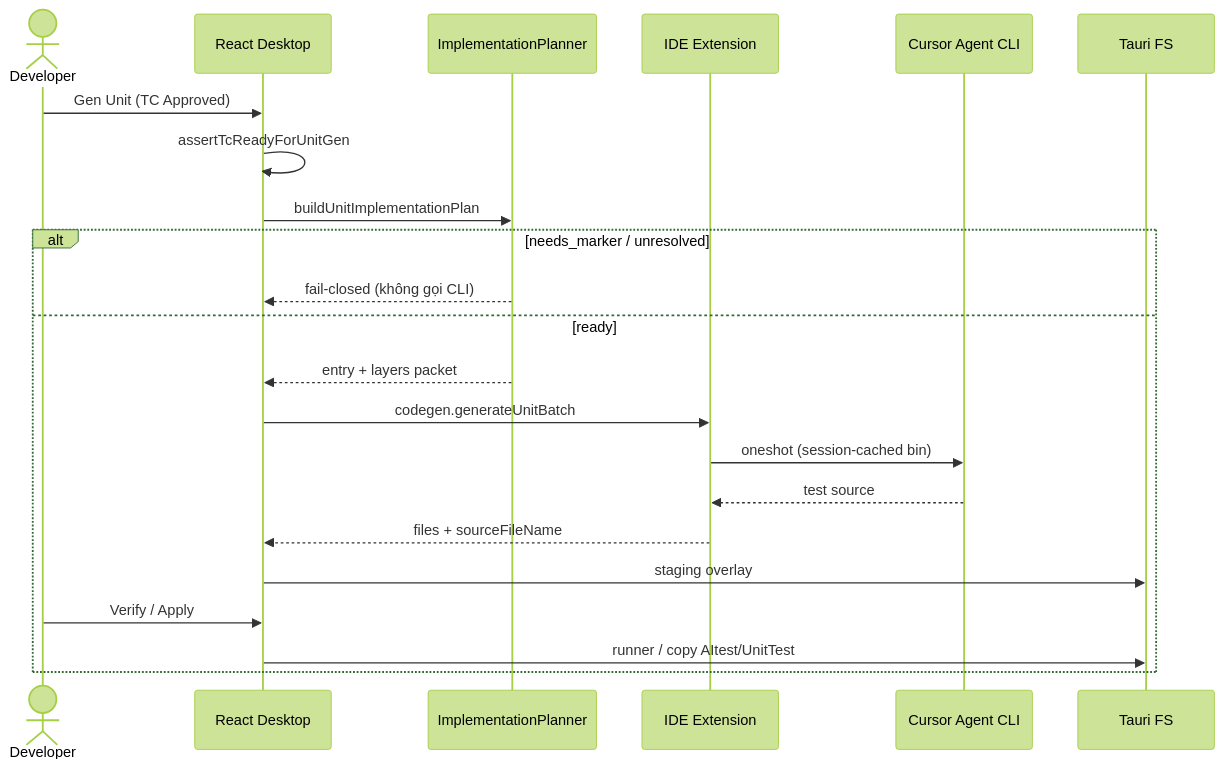
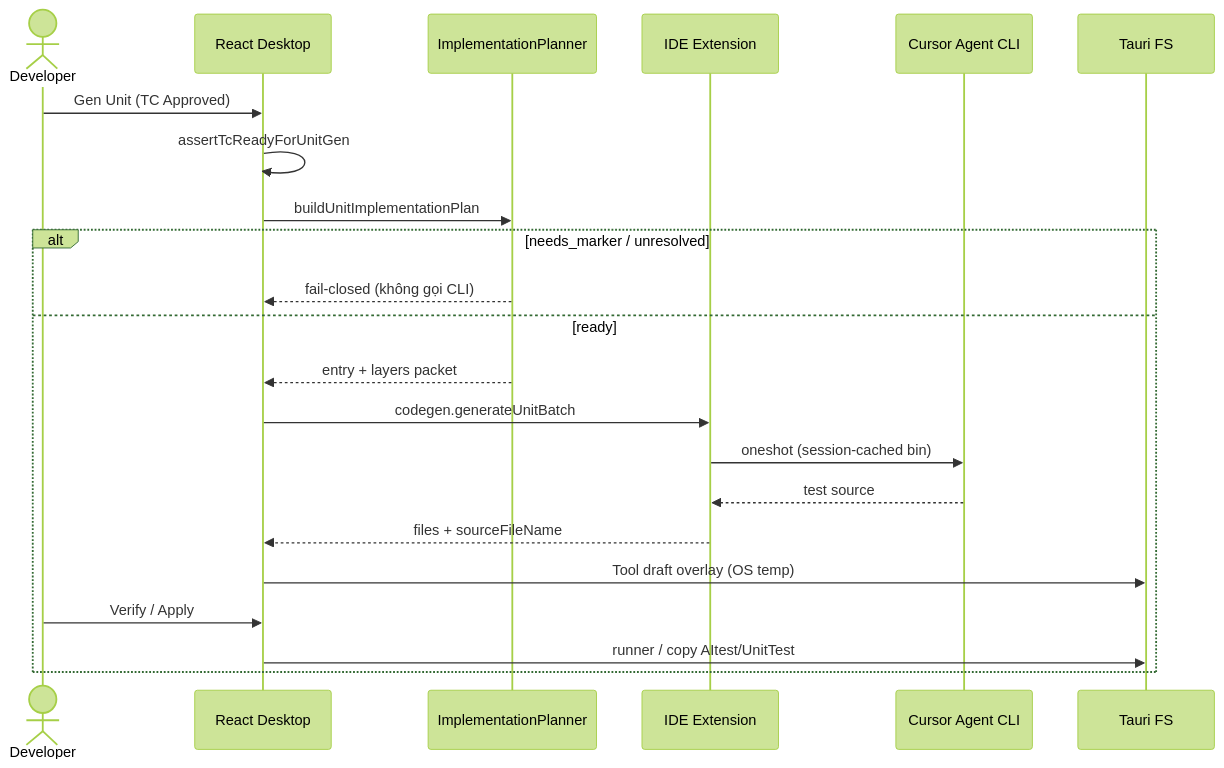
The diagram in docs/SYSTEM_MASTER_DOCUMENTATION.md (lehoailam1999/AiTest), drawn with Mermaid (forest theme) before and after one commit. The commit also changed other lines of this file and 244 other files, not shown here.

````diff
--- a/docs/SYSTEM_MASTER_DOCUMENTATION.md
+++ b/docs/SYSTEM_MASTER_DOCUMENTATION.md
@@ -215,25 +215,25 @@
 ```mermaid
 sequenceDiagram
   actor Dev as Developer
   participant UI as React Desktop
   participant Plan as ImplementationPlanner
   participant Ext as IDE Extension
   participant CLI as Cursor Agent CLI
   participant Tauri as Tauri FS
 
   Dev->>UI: Gen Unit (TC Approved)
   UI->>UI: assertTcReadyForUnitGen
   UI->>Plan: buildUnitImplementationPlan
   alt needs_marker / unresolved
     Plan-->>UI: fail-closed (không gọi CLI)
   else ready
     Plan-->>UI: entry + layers packet
     UI->>Ext: codegen.generateUnitBatch
     Ext->>CLI: oneshot (session-cached bin)
     CLI-->>Ext: test source
     Ext-->>UI: files + sourceFileName
-    UI->>Tauri: staging overlay
+    UI->>Tauri: Tool draft overlay (OS temp)
     Dev->>UI: Verify / Apply
     UI->>Tauri: runner / copy AItest/UnitTest
   end
 ```
````
